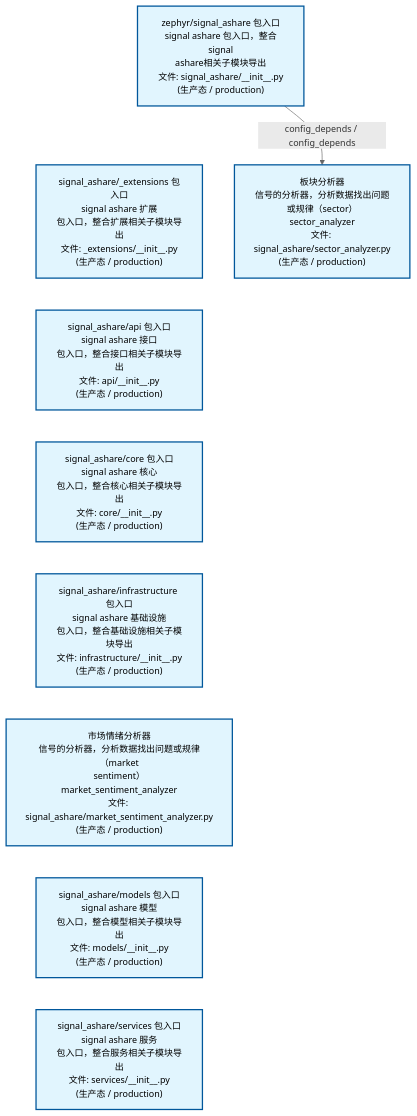
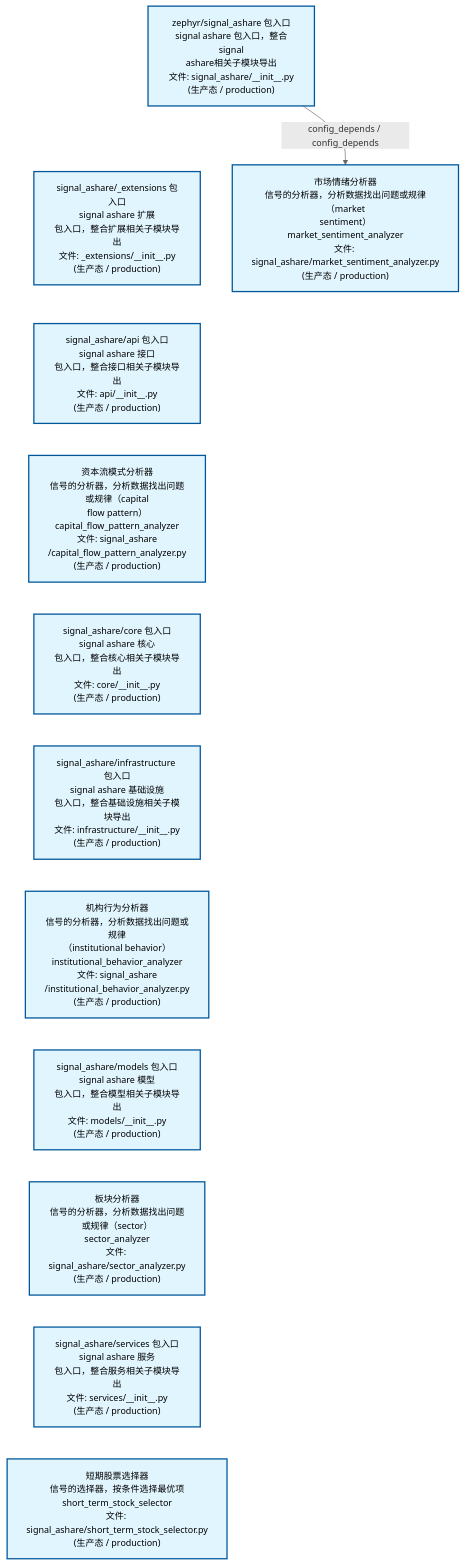
One commit to xuanFelixVan/ZephyrAlpha changed the second of 4 diagrams in docs/02_enterprise_architecture/02_domain_architecture_docs/32_d_ashare_signal.md. Above: the diagram before and after it, drawn with Mermaid. The commit also changed other lines of this file and 44 other files, not shown here.

````diff
--- a/docs/02_enterprise_architecture/02_domain_architecture_docs/32_d_ashare_signal.md
+++ b/docs/02_enterprise_architecture/02_domain_architecture_docs/32_d_ashare_signal.md
@@ -110,26 +110,32 @@
 ```mermaid
 %%{init: {'theme': 'base', 'themeVariables': {'primaryColor': '#eaeaea', 'primaryTextColor': '#333333', 'primaryBorderColor': '#666666', 'lineColor': '#666666', 'secondaryColor': '#eaeaea', 'tertiaryColor': '#eaeaea', 'fontSize': '14px'}}}%%
 flowchart TD
     src_zephyr_signal_ashare_init_py["zephyr/signal_ashare 包入口<br/>signal ashare 包入口，整合signal<br/>ashare相关子模块导出<br/>文件: signal_ashare/__init__.py<br/>(生产态 / production)"]
     src_zephyr_signal_ashare_extensions_init_py["signal_ashare/_extensions 包入口<br/>signal ashare 扩展<br/>包入口，整合扩展相关子模块导出<br/>文件: _extensions/__init__.py<br/>(生产态 / production)"]
     src_zephyr_signal_ashare_api_init_py["signal_ashare/api 包入口<br/>signal ashare 接口<br/>包入口，整合接口相关子模块导出<br/>文件: api/__init__.py<br/>(生产态 / production)"]
+    src_zephyr_signal_ashare_capital_flow_pattern_analyzer_py["资本流模式分析器<br/>信号的分析器，分析数据找出问题或规律（capital<br/>flow pattern）<br/>capital_flow_pattern_analyzer<br/>文件: signal_ashare<br/>/capital_flow_pattern_analyzer.py<br/>(生产态 / production)"]
     src_zephyr_signal_ashare_core_init_py["signal_ashare/core 包入口<br/>signal ashare 核心<br/>包入口，整合核心相关子模块导出<br/>文件: core/__init__.py<br/>(生产态 / production)"]
     src_zephyr_signal_ashare_infrastructure_init_py["signal_ashare/infrastructure 包入口<br/>signal ashare 基础设施<br/>包入口，整合基础设施相关子模块导出<br/>文件: infrastructure/__init__.py<br/>(生产态 / production)"]
-    src_zephyr_signal_ashare_market_sentiment_analyzer_py["市场情绪分析器<br/>信号的分析器，分析数据找出问题或规律（market<br/>sentiment）<br/>market_sentiment_analyzer<br/>文件: signal_ashare/market_sentiment_analyzer.py<br/>(生产态 / production)"]
+    src_zephyr_signal_ashare_institutional_behavior_analyzer_py["机构行为分析器<br/>信号的分析器，分析数据找出问题或规律<br/>（institutional behavior）<br/>institutional_behavior_analyzer<br/>文件: signal_ashare<br/>/institutional_behavior_analyzer.py<br/>(生产态 / production)"]
     src_zephyr_signal_ashare_models_init_py["signal_ashare/models 包入口<br/>signal ashare 模型<br/>包入口，整合模型相关子模块导出<br/>文件: models/__init__.py<br/>(生产态 / production)"]
+    src_zephyr_signal_ashare_sector_analyzer_py["板块分析器<br/>信号的分析器，分析数据找出问题或规律（sector）<br/>sector_analyzer<br/>文件: signal_ashare/sector_analyzer.py<br/>(生产态 / production)"]
     src_zephyr_signal_ashare_services_init_py["signal_ashare/services 包入口<br/>signal ashare 服务<br/>包入口，整合服务相关子模块导出<br/>文件: services/__init__.py<br/>(生产态 / production)"]
+    src_zephyr_signal_ashare_short_term_stock_selector_py["短期股票选择器<br/>信号的选择器，按条件选择最优项<br/>short_term_stock_selector<br/>文件: signal_ashare/short_term_stock_selector.py<br/>(生产态 / production)"]
     src_zephyr_signal_ashare_init_py ~~~ src_zephyr_signal_ashare_extensions_init_py
     src_zephyr_signal_ashare_extensions_init_py ~~~ src_zephyr_signal_ashare_api_init_py
-    src_zephyr_signal_ashare_api_init_py ~~~ src_zephyr_signal_ashare_core_init_py
+    src_zephyr_signal_ashare_api_init_py ~~~ src_zephyr_signal_ashare_capital_flow_pattern_analyzer_py
+    src_zephyr_signal_ashare_capital_flow_pattern_analyzer_py ~~~ src_zephyr_signal_ashare_core_init_py
     src_zephyr_signal_ashare_core_init_py ~~~ src_zephyr_signal_ashare_infrastructure_init_py
-    src_zephyr_signal_ashare_infrastructure_init_py ~~~ src_zephyr_signal_ashare_market_sentiment_analyzer_py
-    src_zephyr_signal_ashare_market_sentiment_analyzer_py ~~~ src_zephyr_signal_ashare_models_init_py
-    src_zephyr_signal_ashare_models_init_py ~~~ src_zephyr_signal_ashare_services_init_py
-    src_zephyr_signal_ashare_sector_analyzer_py["板块分析器<br/>信号的分析器，分析数据找出问题或规律（sector）<br/>sector_analyzer<br/>文件: signal_ashare/sector_analyzer.py<br/>(生产态 / production)"]
-    src_zephyr_signal_ashare_init_py -->|config_depends / config_depends| src_zephyr_signal_ashare_sector_analyzer_py
+    src_zephyr_signal_ashare_infrastructure_init_py ~~~ src_zephyr_signal_ashare_institutional_behavior_analyzer_py
+    src_zephyr_signal_ashare_institutional_behavior_analyzer_py ~~~ src_zephyr_signal_ashare_models_init_py
+    src_zephyr_signal_ashare_models_init_py ~~~ src_zephyr_signal_ashare_sector_analyzer_py
+    src_zephyr_signal_ashare_sector_analyzer_py ~~~ src_zephyr_signal_ashare_services_init_py
+    src_zephyr_signal_ashare_services_init_py ~~~ src_zephyr_signal_ashare_short_term_stock_selector_py
+    src_zephyr_signal_ashare_market_sentiment_analyzer_py["市场情绪分析器<br/>信号的分析器，分析数据找出问题或规律（market<br/>sentiment）<br/>market_sentiment_analyzer<br/>文件: signal_ashare/market_sentiment_analyzer.py<br/>(生产态 / production)"]
+    src_zephyr_signal_ashare_init_py -->|config_depends / config_depends| src_zephyr_signal_ashare_market_sentiment_analyzer_py
     classDef production fill:#e1f5fe,stroke:#01579b,stroke-width:2px,color:#000
     classDef design fill:#fff3e0,stroke:#e65100,stroke-width:2px,color:#000,stroke-dasharray: 5 5
     classDef external_prod fill:#e8f4fd,stroke:#0277bd,stroke-width:1px,color:#000
     classDef external_design fill:#fff8e7,stroke:#ef6c00,stroke-width:1px,color:#000,stroke-dasharray: 5 5
-    class src_zephyr_signal_ashare_init_py,src_zephyr_signal_ashare_extensions_init_py,src_zephyr_signal_ashare_api_init_py,src_zephyr_signal_ashare_core_init_py,src_zephyr_signal_ashare_infrastructure_init_py,src_zephyr_signal_ashare_market_sentiment_analyzer_py,src_zephyr_signal_ashare_models_init_py,src_zephyr_signal_ashare_sector_analyzer_py,src_zephyr_signal_ashare_services_init_py production
+    class src_zephyr_signal_ashare_init_py,src_zephyr_signal_ashare_extensions_init_py,src_zephyr_signal_ashare_api_init_py,src_zephyr_signal_ashare_capital_flow_pattern_analyzer_py,src_zephyr_signal_ashare_core_init_py,src_zephyr_signal_ashare_infrastructure_init_py,src_zephyr_signal_ashare_institutional_behavior_analyzer_py,src_zephyr_signal_ashare_market_sentiment_analyzer_py,src_zephyr_signal_ashare_models_init_py,src_zephyr_signal_ashare_sector_analyzer_py,src_zephyr_signal_ashare_services_init_py,src_zephyr_signal_ashare_short_term_stock_selector_py production
 ```
````
